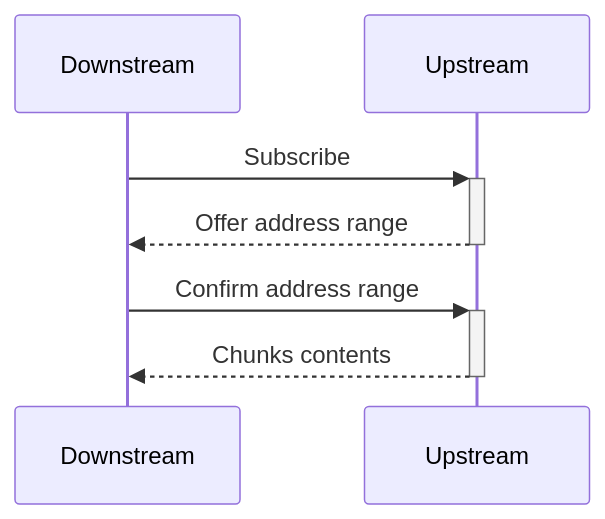
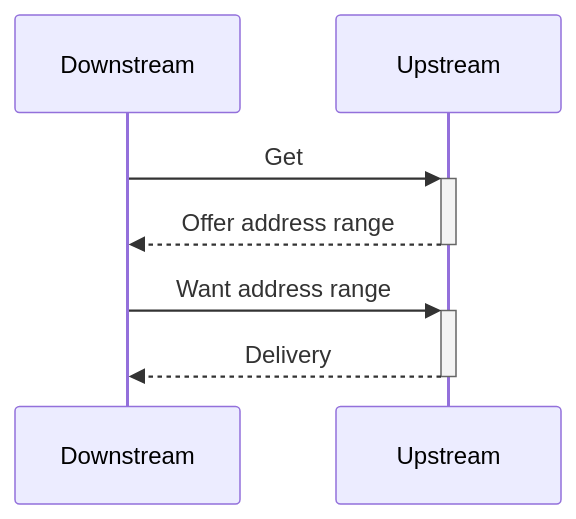
The third of 3 diagrams in docs/develop/bee-developers/advanced.md (ethersphere/bee-docs), drawn with Mermaid before and after one commit.

Commit message:
feat: continuation

````diff
--- a/docs/develop/bee-developers/advanced.md
+++ b/docs/develop/bee-developers/advanced.md
@@ -254,7 +254,7 @@
 ```mermaid
 sequenceDiagram
-    Downstream->>+Upstream: Subscribe
+    Downstream->>+Upstream: Get
     Upstream-->>-Downstream: Offer address range
-    Downstream->>+Upstream: Confirm address range
-    Upstream-->>-Downstream: Chunks contents
+    Downstream->>+Upstream: Want address range
+    Upstream-->>-Downstream: Delivery
 ```
````
